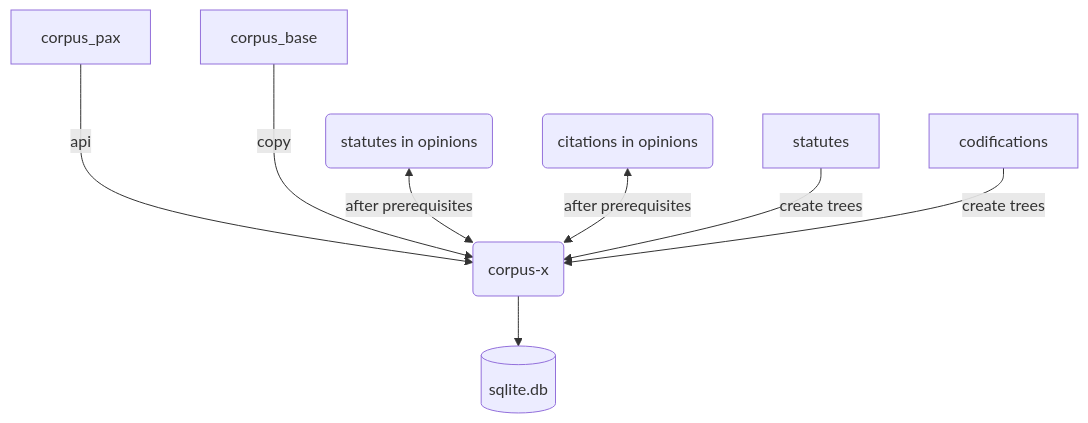
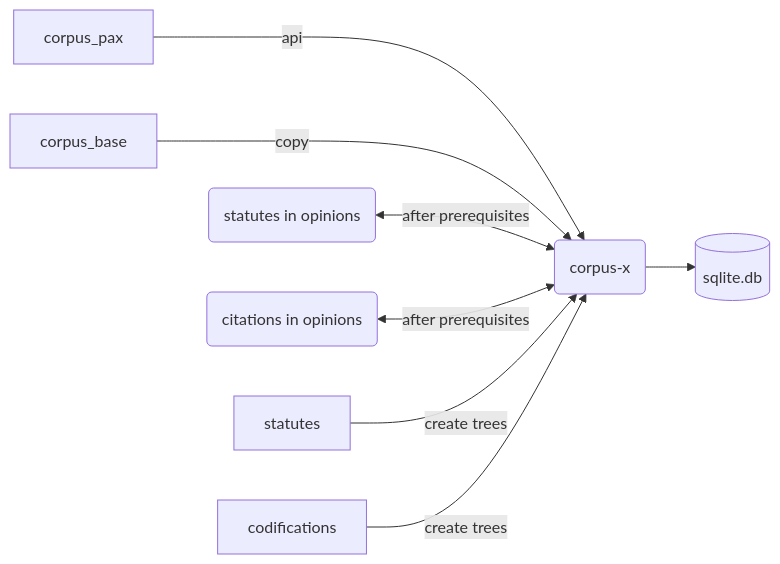
Before and after one commit to justmars/justmars.github.io: the diagram in docs/projects.md, drawn with Mermaid. The commit also changed other lines of this file, not shown here.

````diff
--- a/docs/projects.md
+++ b/docs/projects.md
@@ -146,10 +146,10 @@
 ```mermaid
-flowchart TD
+flowchart LR
 corpus_pax--api--->x
 corpus_base--copy--->x
 op_stat(statutes in opinions)<--after prerequisites-->x
 op_cite(citations in opinions)<--after prerequisites-->x
 statutes--create trees-->x
 codifications--create trees-->x
 x(corpus-x)-->db[(sqlite.db)]
 ```
````
